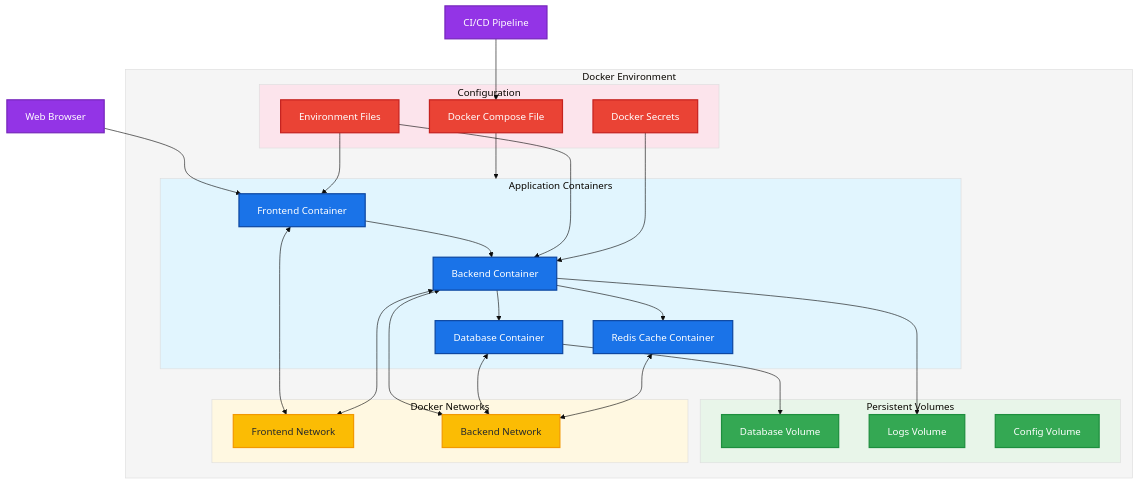
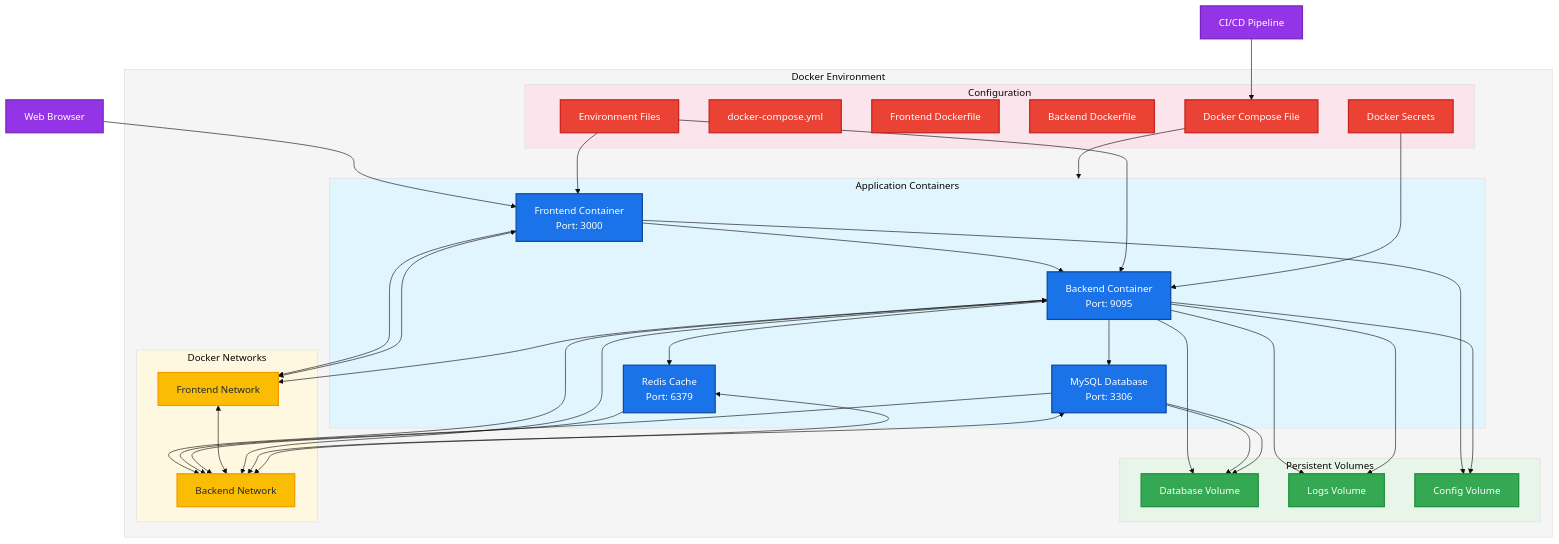
The fifth of 15 diagrams in TuPhung_Docs/docs/deployment.md (TuPhung369/Haaga_Backend_Programming), drawn with Mermaid (base theme) before and after one commit. The commit also changed other lines of this file and 25 other files, not shown here.

```diff
--- a/TuPhung_Docs/docs/deployment.md
+++ b/TuPhung_Docs/docs/deployment.md
@@ -418,10 +482,10 @@
     %% Main components
     subgraph DockerEnvironment["Docker Environment"]
         subgraph Containers["Application Containers"]
-            FE[Frontend Container]:::container
-            BE[Backend Container]:::container
-            DB[Database Container]:::container
-            Cache[Redis Cache Container]:::container
+            FE[Frontend Container<br>Port: 3000]:::container
+            BE[Backend Container<br>Port: 9095]:::container
+            DB[MySQL Database<br>Port: 3306]:::container
+            Cache[Redis Cache<br>Port: 6379]:::container
         end
 
         subgraph Volumes["Persistent Volumes"]
@@ -437,10 +501,26 @@
 
         subgraph Configs["Configuration"]
             EnvFiles[Environment Files]:::config
+            DockerComposeFile[docker-compose.yml]:::config
+            DockerfilesFE[Frontend Dockerfile]:::config
+            DockerfilesBE[Backend Dockerfile]:::config
             Secrets[Docker Secrets]:::config
             ComposeFile[Docker Compose File]:::config
         end
     end
+
+    %% Connections
+    FE --> FrontNet
+    BE --> BackNet
+    DB --> BackNet
+    Cache --> BackNet
+    FrontNet <--> BackNet
+
+    BE --> DBVol
+    DB --> DBVol
+    BE --> LogVol
+    FE --> ConfigVol
+    BE --> ConfigVol
 
     %% External connections
     Browser[Web Browser]:::external
@@ -468,7 +548,7 @@
     class FE,BE,DB,Cache container
     class DBVol,LogVol,ConfigVol volume
     class FrontNet,BackNet network
-    class EnvFiles,Secrets,ComposeFile config
+    class EnvFiles,DockerComposeFile,DockerfilesFE,DockerfilesBE,Secrets,ComposeFile config
     class Browser,CI external
 
     %% Styling for subgraphs
```
